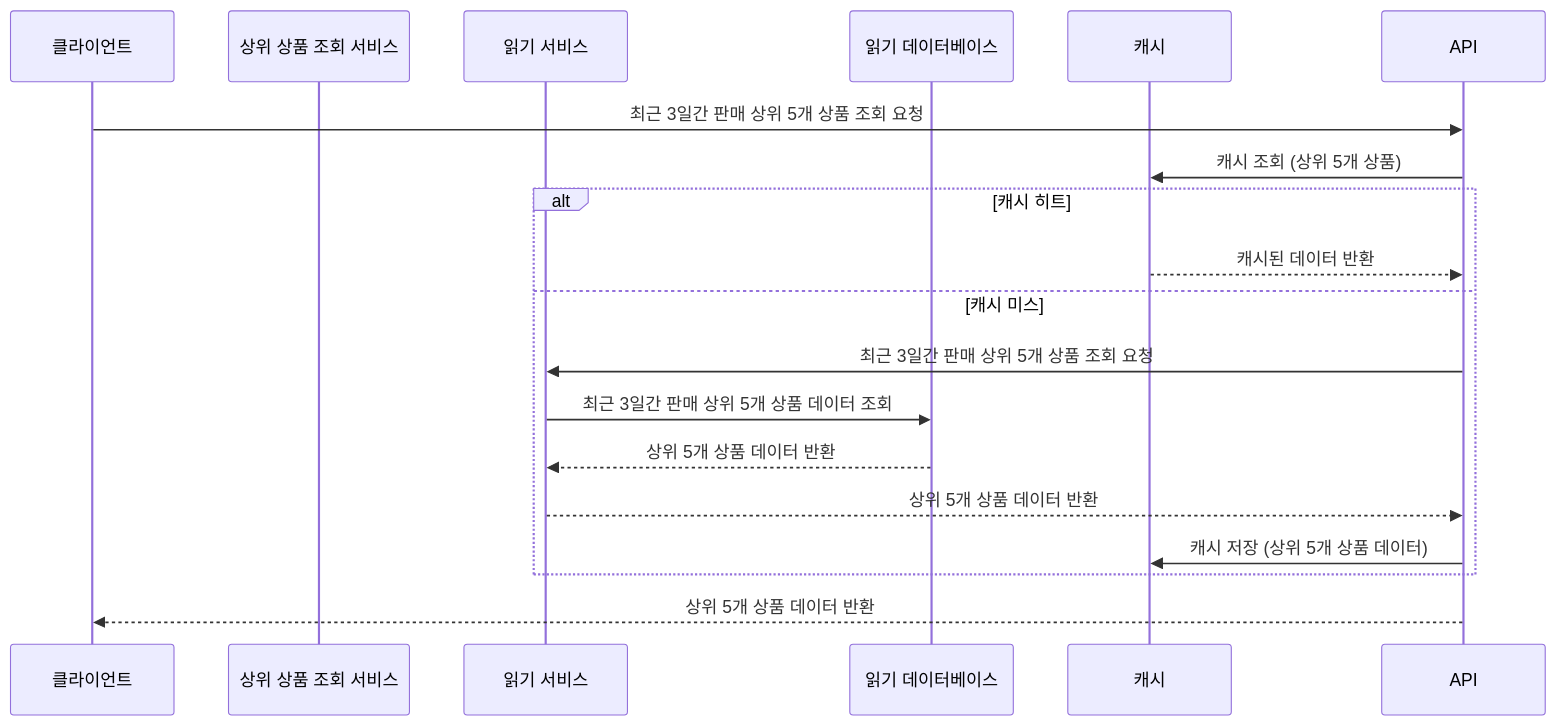
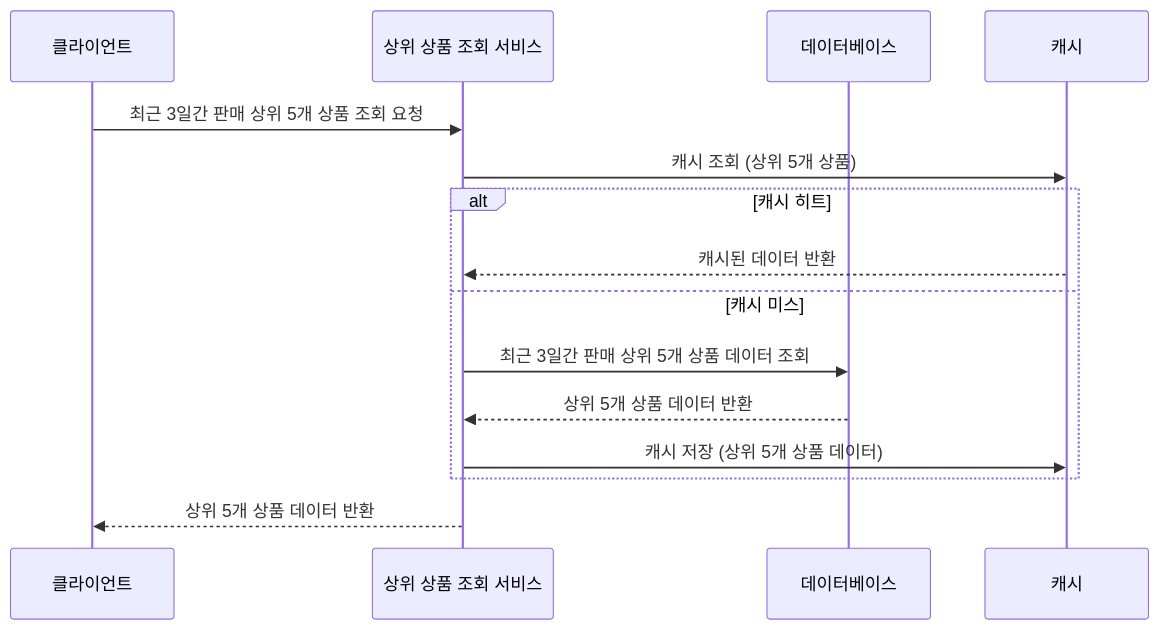
One commit to anniemon/e-commerce changed the fifth of 5 diagrams in readme.md. Above: the diagram before and after it, drawn with Mermaid. The commit also changed other lines of this file, not shown here.

Commit message:
시퀀스 다이어그램에서 이벤트 관련 로직 제거

````diff
--- a/readme.md
+++ b/readme.md
@@ -132,21 +126,18 @@
 ```mermaid
 sequenceDiagram
     participant Client as 클라이언트
-    participant 상위 상품 조회 서비스
-    participant ReadService as 읽기 서비스
-    participant ReadDB as 읽기 데이터베이스
+    participant ProductService as 상위 상품 조회 서비스
+    participant DB as 데이터베이스
     participant Cache as 캐시
 
-    Client->>API: 최근 3일간 판매 상위 5개 상품 조회 요청
-    API->>Cache: 캐시 조회 (상위 5개 상품)
+    Client->>ProductService: 최근 3일간 판매 상위 5개 상품 조회 요청
+    ProductService->>Cache: 캐시 조회 (상위 5개 상품)
     alt 캐시 히트
-        Cache-->>API: 캐시된 데이터 반환
+        Cache-->>ProductService: 캐시된 데이터 반환
     else 캐시 미스
-        API->>ReadService: 최근 3일간 판매 상위 5개 상품 조회 요청
-        ReadService->>ReadDB: 최근 3일간 판매 상위 5개 상품 데이터 조회
-        ReadDB-->>ReadService: 상위 5개 상품 데이터 반환
-        ReadService-->>API: 상위 5개 상품 데이터 반환
-        API->>Cache: 캐시 저장 (상위 5개 상품 데이터)
+        ProductService->>DB: 최근 3일간 판매 상위 5개 상품 데이터 조회
+        DB-->>ProductService: 상위 5개 상품 데이터 반환
+        ProductService->>Cache: 캐시 저장 (상위 5개 상품 데이터)
     end
-    API-->>Client: 상위 5개 상품 데이터 반환
+    ProductService-->>Client: 상위 5개 상품 데이터 반환
 ```
````
